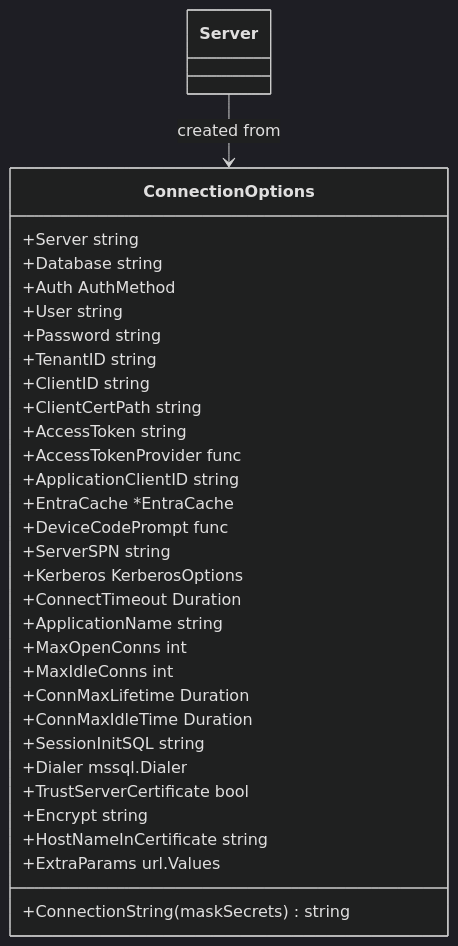
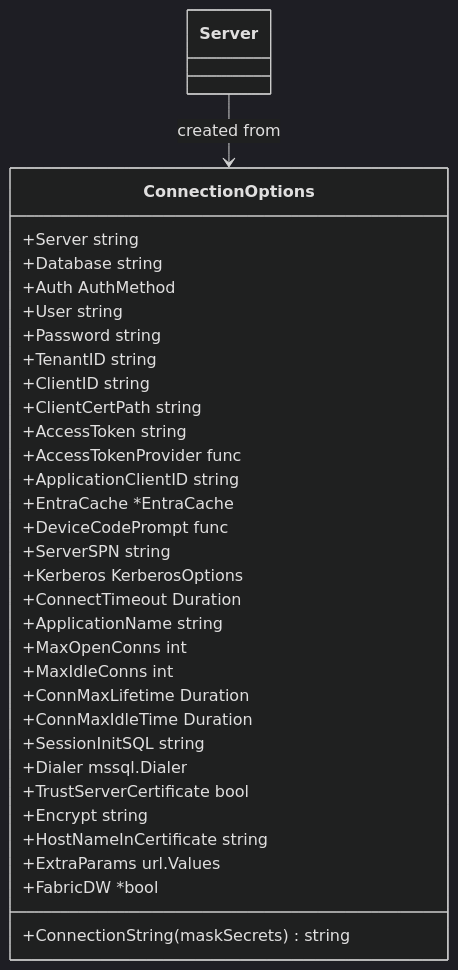
One commit to radix29/gosmo changed the diagram in diagram/01-connection-options.mmd. Above: the diagram before and after it, drawn with Mermaid (dark theme). The commit also changed 12 other files, not shown here.

Commit message:
feat: enhance architecture documentation and add user-defined types support

```diff
--- a/diagram/01-connection-options.mmd
+++ b/diagram/01-connection-options.mmd
@@ -1,41 +1,42 @@
 classDiagram
 
     %% =========================================================
     %% Top-level entry point
     %% =========================================================
 
     class ConnectionOptions {
         +Server string
         +Database string
         +Auth AuthMethod
         +User string
         +Password string
         +TenantID string
         +ClientID string
         +ClientCertPath string
         +AccessToken string
         +AccessTokenProvider func
         +ApplicationClientID string
         +EntraCache *EntraCache
         +DeviceCodePrompt func
         +ServerSPN string
         +Kerberos KerberosOptions
         +ConnectTimeout Duration
         +ApplicationName string
         +MaxOpenConns int
         +MaxIdleConns int
         +ConnMaxLifetime Duration
         +ConnMaxIdleTime Duration
         +SessionInitSQL string
         +Dialer mssql.Dialer
         +TrustServerCertificate bool
         +Encrypt string
         +HostNameInCertificate string
         +ExtraParams url.Values
+        +FabricDW *bool
         +ConnectionString(maskSecrets) string
     }
 
     %% =========================================================
     %% Relationships
     %% =========================================================
     Server --> ConnectionOptions : created from
```
